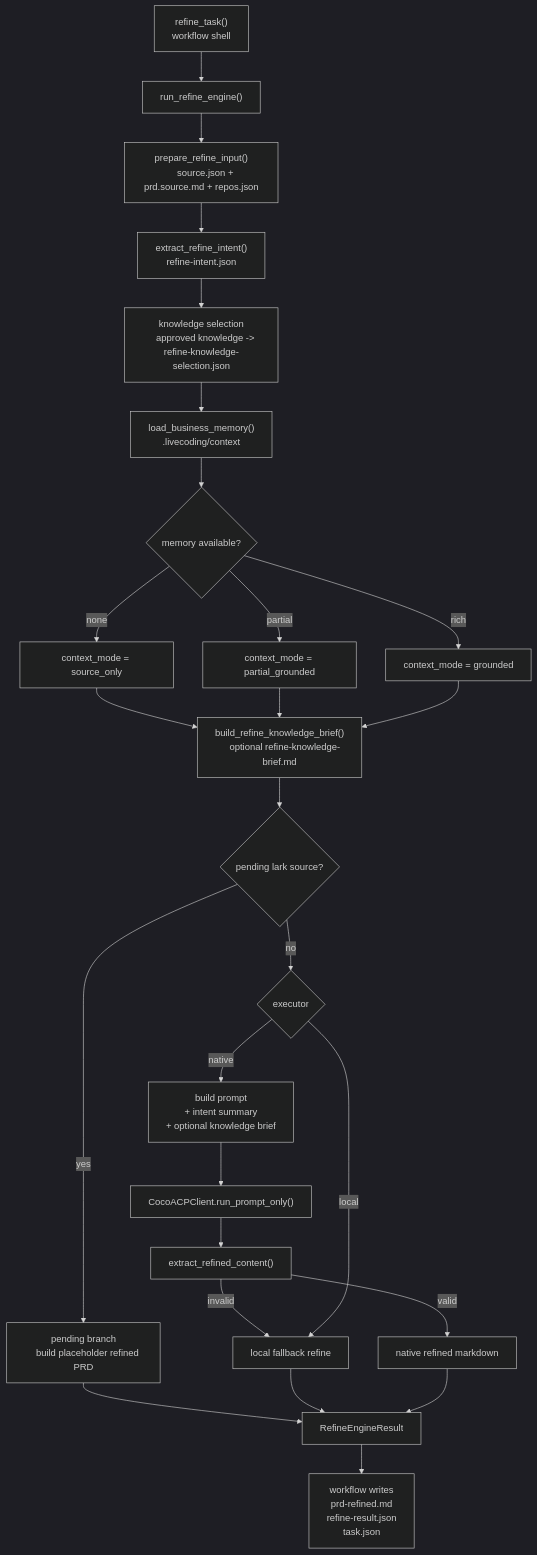
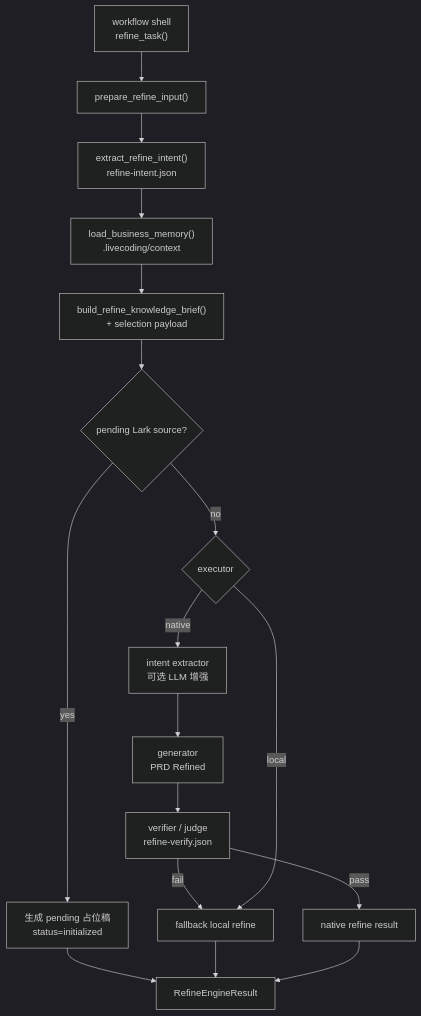
The diagram in docs/refine-engine.md (DreamCats/coco-flow), drawn with Mermaid (dark theme) before and after one commit. The commit also changed other lines of this file and 24 other files, not shown here.

````diff
--- a/docs/refine-engine.md
+++ b/docs/refine-engine.md
@@ -61,47 +97,27 @@
 ```mermaid
 flowchart TD
-    A["refine_task()
-    workflow shell"] --> B["run_refine_engine()"]
-
-    B --> B1["prepare_refine_input()
-    source.json + prd.source.md + repos.json"]
-    B1 --> B2["extract_refine_intent()
+    A["workflow shell
+    refine_task()"] --> B["prepare_refine_input()"]
+    B --> C["extract_refine_intent()
     refine-intent.json"]
-    B2 --> B3["knowledge selection
-    approved knowledge -> refine-knowledge-selection.json"]
-    B3 --> C["load_business_memory()
+    C --> D["load_business_memory()
     .livecoding/context"]
-    C --> D{"memory available?"}
-    D -->|none| E["context_mode = source_only"]
-    D -->|partial| F["context_mode = partial_grounded"]
-    D -->|rich| G["context_mode = grounded"]
-
-    E --> H["build_refine_knowledge_brief()
-    optional refine-knowledge-brief.md"]
-    F --> H
-    G --> H
-
-    H --> I{"pending lark source?"}
-    I -->|yes| J["pending branch
-    build placeholder refined PRD"]
-    I -->|no| K{"executor"}
-
-    K -->|native| L["build prompt
-    + intent summary
-    + optional knowledge brief"]
-    L --> M["CocoACPClient.run_prompt_only()"]
-    M --> N["extract_refined_content()"]
-    N -->|invalid| O["fallback local refine"]
-    N -->|valid| P["native refined markdown"]
-
-    K -->|local| O["local fallback refine"]
-
-    J --> Q["RefineEngineResult"]
-    O --> Q
-    P --> Q
-
-    Q --> R["workflow writes
-    prd-refined.md
-    refine-result.json
-    task.json"]
+    D --> E["build_refine_knowledge_brief()
+    + selection payload"]
+    E --> F{"pending Lark source?"}
+    F -->|yes| G["生成 pending 占位稿
+    status=initialized"]
+    F -->|no| H{"executor"}
+    H -->|native| I["intent extractor
+    可选 LLM 增强"]
+    I --> J["generator
+    PRD Refined"]
+    J --> K["verifier / judge
+    refine-verify.json"]
+    K -->|fail| L["fallback local refine"]
+    K -->|pass| M["native refine result"]
+    H -->|local| L
+    G --> N["RefineEngineResult"]
+    L --> N
+    M --> N
 ```
````
